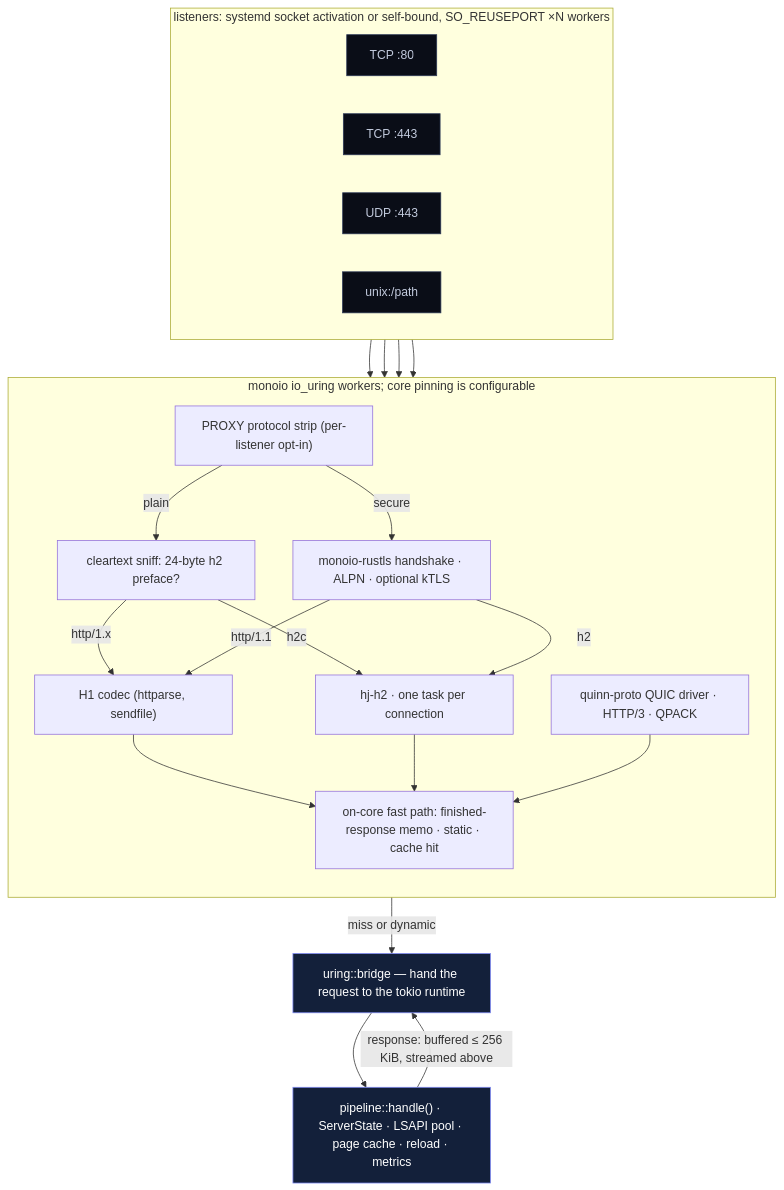
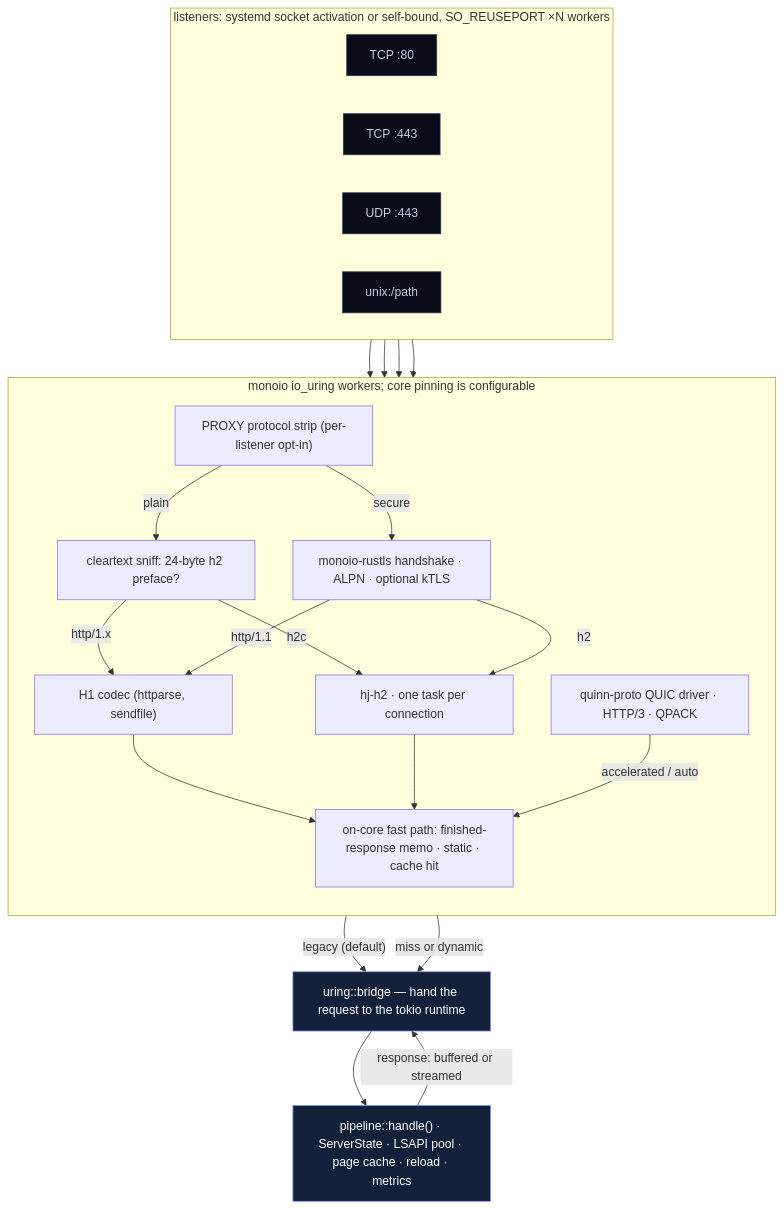
Before and after one commit to faratech/httpjet-site: the diagram in docs-src/diagrams/transport.mmd, drawn with Mermaid. The commit also changed 162 other files, not shown here.

```diff
--- a/docs-src/diagrams/transport.mmd
+++ b/docs-src/diagrams/transport.mmd
@@ -1,36 +1,37 @@
 flowchart TB
   classDef core fill:#13203a,stroke:#818cf8,color:#fff
   classDef k fill:#0a0d17,stroke:#2c3856,color:#c2cadd
   subgraph sockets ["listeners: systemd socket activation or self-bound, SO_REUSEPORT ×N workers"]
     direction LR
     tcp80["TCP :80"]:::k
     tcp443["TCP :443"]:::k
     udp443["UDP :443"]:::k
     uds["unix:/path"]:::k
   end
   subgraph cores ["monoio io_uring workers; core pinning is configurable"]
     direction TB
     pp["PROXY protocol strip (per-listener opt-in)"]
     tls["monoio-rustls handshake · ALPN · optional kTLS"]
     sniff["cleartext sniff: 24-byte h2 preface?"]
     h1["H1 codec (httparse, sendfile)"]
     h2["hj-h2 · one task per connection"]
     quic["quinn-proto QUIC driver · HTTP/3 · QPACK"]
     memo["on-core fast path: finished-response memo · static · cache hit"]
   end
   tcp80 --> pp
   tcp443 --> pp
   uds --> sniff
   udp443 --> quic
   pp -- plain --> sniff
   pp -- secure --> tls
   sniff -- "http/1.x" --> h1
   sniff -- "h2c" --> h2
   tls -- "http/1.1" --> h1
   tls -- "h2" --> h2
   h1 --> memo
   h2 --> memo
-  quic --> memo
+  quic -- "accelerated / auto" --> memo
+  quic -- "legacy (default)" --> bridge
   memo -- "miss or dynamic" --> bridge["uring::bridge — hand the request to the tokio runtime"]:::core
   bridge --> pipe["pipeline::handle() · ServerState · LSAPI pool · page cache · reload · metrics"]:::core
-  pipe -- "response: buffered ≤ 256 KiB, streamed above" --> bridge
+  pipe -- "response: buffered or streamed" --> bridge
```
